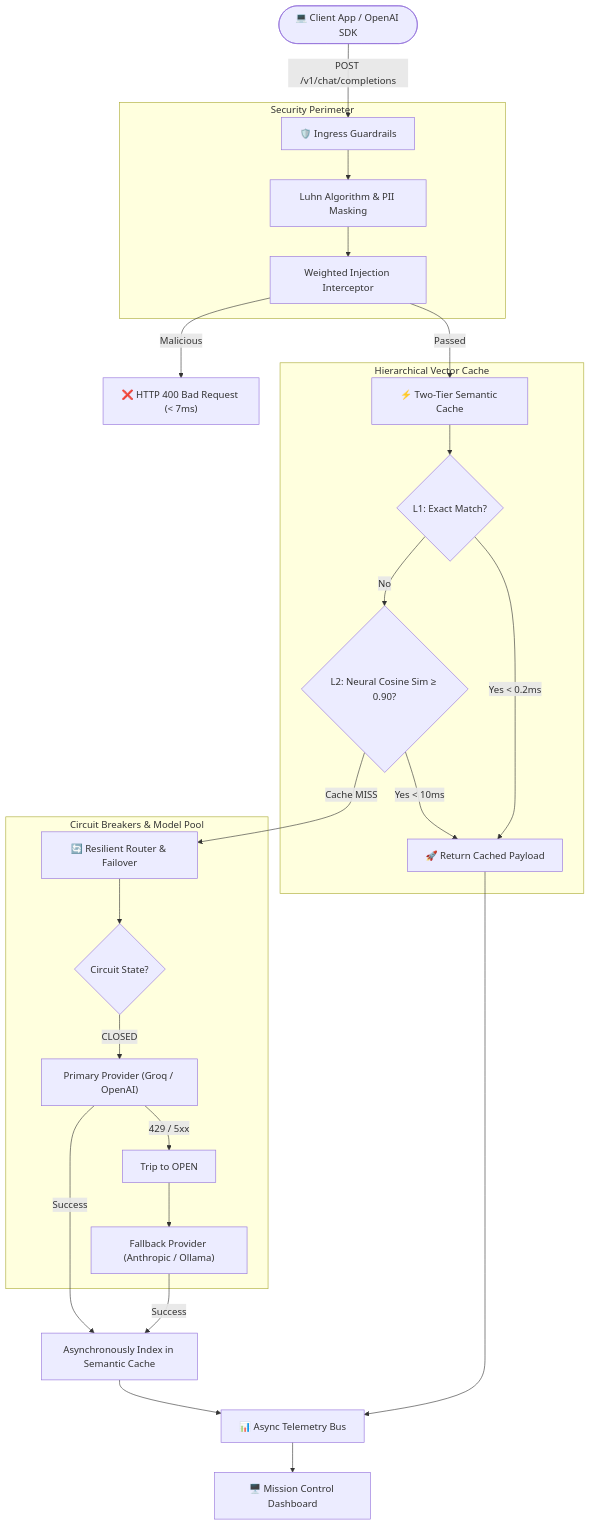
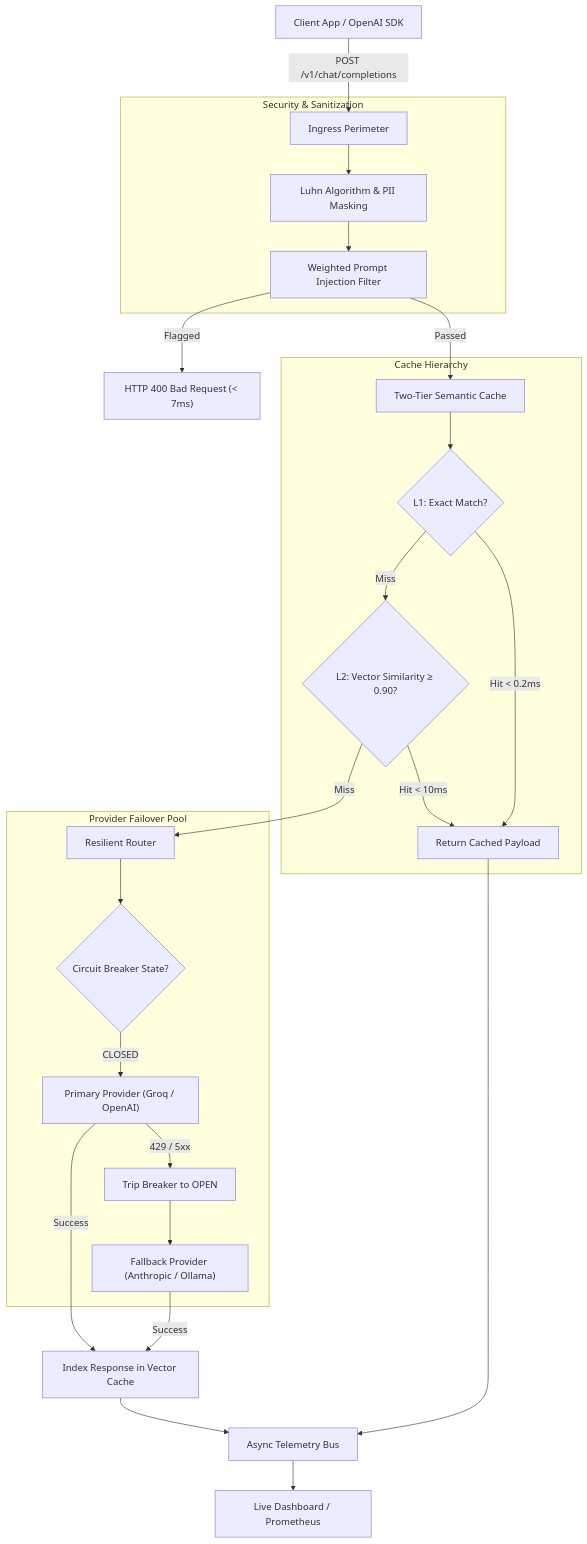
The diagram in README.md (Parv3/SynapseGateway), drawn with Mermaid before and after one commit. The commit also changed other lines of this file and 5 other files, not shown here.

Commit message:
fix(security): resolve DOM XSS, tighten CORS, add timing-safe auth & payload bounds, humanize README

````diff
--- a/README.md
+++ b/README.md
@@ -64,34 +26,34 @@
 ```mermaid
 flowchart TD
-    Client(["💻 Client App / OpenAI SDK"]) -->|POST /v1/chat/completions| Ingress["🛡️ Ingress Guardrails"]
+    Client["Client App / OpenAI SDK"] -->|POST /v1/chat/completions| Ingress["Ingress Perimeter"]
 
-    subgraph Guardrail_Checks ["Security Perimeter"]
+    subgraph Security ["Security & Sanitization"]
         Ingress --> PII["Luhn Algorithm & PII Masking"]
-        PII --> Inj["Weighted Injection Interceptor"]
+        PII --> Injection["Weighted Prompt Injection Filter"]
     end
 
-    Inj -->|Passed| Cache["⚡ Two-Tier Semantic Cache"]
-    Inj -->|Malicious| Block["❌ HTTP 400 Bad Request (< 7ms)"]
+    Injection -->|Passed| Cache["Two-Tier Semantic Cache"]
+    Injection -->|Flagged| Block["HTTP 400 Bad Request (< 7ms)"]
 
-    subgraph Caching_Engine ["Hierarchical Vector Cache"]
+    subgraph Caching ["Cache Hierarchy"]
         Cache --> L1{"L1: Exact Match?"}
-        L1 -->|Yes < 0.2ms| CacheHit["🚀 Return Cached Payload"]
-        L1 -->|No| L2{"L2: Neural Cosine Sim ≥ 0.90?"}
-        L2 -->|Yes < 10ms| CacheHit
+        L1 -->|Hit < 0.2ms| CacheHit["Return Cached Payload"]
+        L1 -->|Miss| L2{"L2: Vector Similarity ≥ 0.90?"}
+        L2 -->|Hit < 10ms| CacheHit
     end
 
-    L2 -->|Cache MISS| Router["🔄 Resilient Router & Failover"]
+    L2 -->|Miss| Router["Resilient Router"]
 
-    subgraph Resilient_Routing ["Circuit Breakers & Model Pool"]
-        Router --> Breaker{"Circuit State?"}
-        Breaker -->|CLOSED| ProviderA["Primary Provider (Groq / OpenAI)"]
-        ProviderA -->|429 / 5xx| Trip["Trip to OPEN"]
-        Trip --> Fallback["Fallback Provider (Anthropic / Ollama)"]
+    subgraph Routing ["Provider Failover Pool"]
+        Router --> Breaker{"Circuit Breaker State?"}
+        Breaker -->|CLOSED| Primary["Primary Provider (Groq / OpenAI)"]
+        Primary -->|429 / 5xx| Trip["Trip Breaker to OPEN"]
+        Trip --> Secondary["Fallback Provider (Anthropic / Ollama)"]
     end
 
-    ProviderA -->|Success| AsyncStore["Asynchronously Index in Semantic Cache"]
-    Fallback -->|Success| AsyncStore
-    AsyncStore --> Telemetry["📊 Async Telemetry Bus"]
-    CacheHit --> Telemetry
-    Telemetry --> Dashboard["🖥️ Mission Control Dashboard"]
+    Primary -->|Success| Index["Index Response in Vector Cache"]
+    Secondary -->|Success| Index
+    Index --> Bus["Async Telemetry Bus"]
+    CacheHit --> Bus
+    Bus --> Dashboard["Live Dashboard / Prometheus"]
 ```
````
